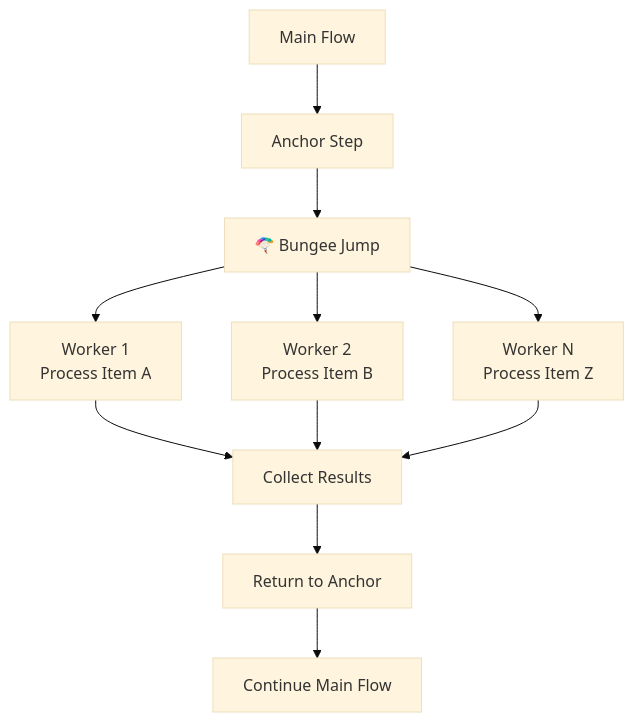
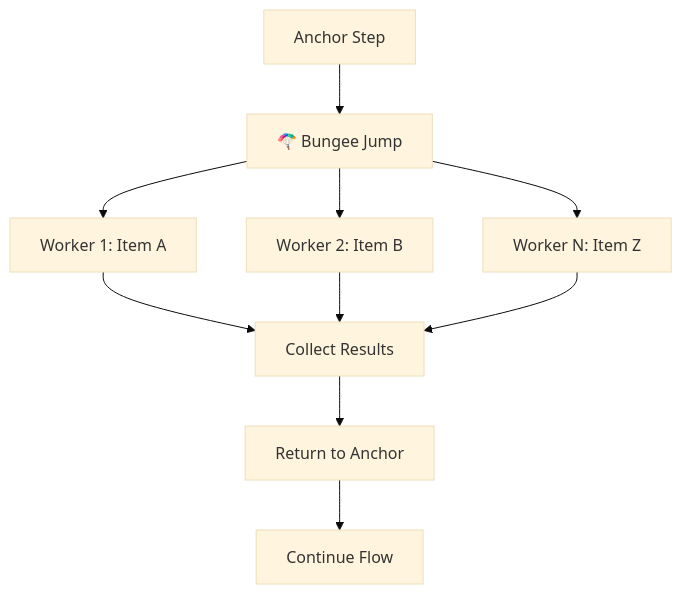
One commit to swizzy-ai/swizzy-kit changed the diagram in README.md. Above: the diagram before and after it, drawn with Mermaid (base theme). The commit also changed other lines of this file and 16 other files, not shown here.

````diff
--- a/README.md
+++ b/README.md
@@ -439,13 +272,12 @@
 ```mermaid
 graph TD
-    A[Main Flow] --> B[Anchor Step]
-    B --> C[🪂 Bungee Jump]
-    C --> D[Worker 1<br/>Process Item A]
-    C --> E[Worker 2<br/>Process Item B]
-    C --> F[Worker N<br/>Process Item Z]
-    D --> G[Collect Results]
-    E --> G
-    F --> G
-    G --> H[Return to Anchor]
-    H --> I[Continue Main Flow]
+    A[Anchor Step] --> B[🪂 Bungee Jump]
+    B --> C[Worker 1: Item A]
+    B --> D[Worker 2: Item B]
+    B --> E[Worker N: Item Z]
+    C --> F[Collect Results]
+    D --> F
+    E --> F
+    F --> G[Return to Anchor]
+    G --> H[Continue Flow]
 ```
````
